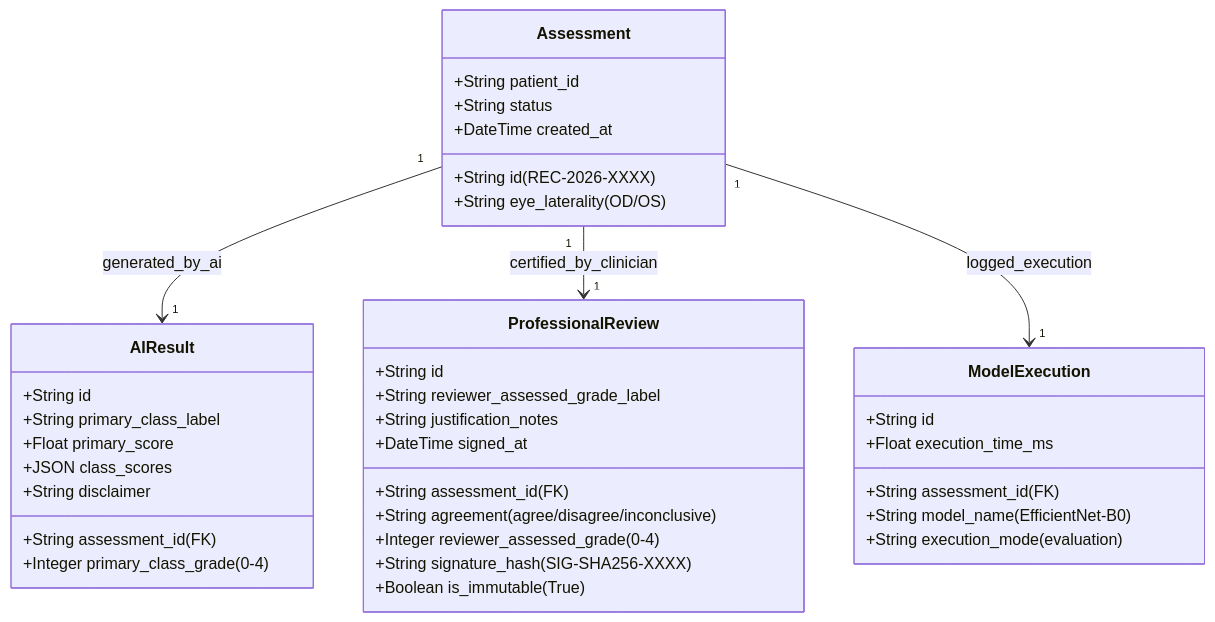
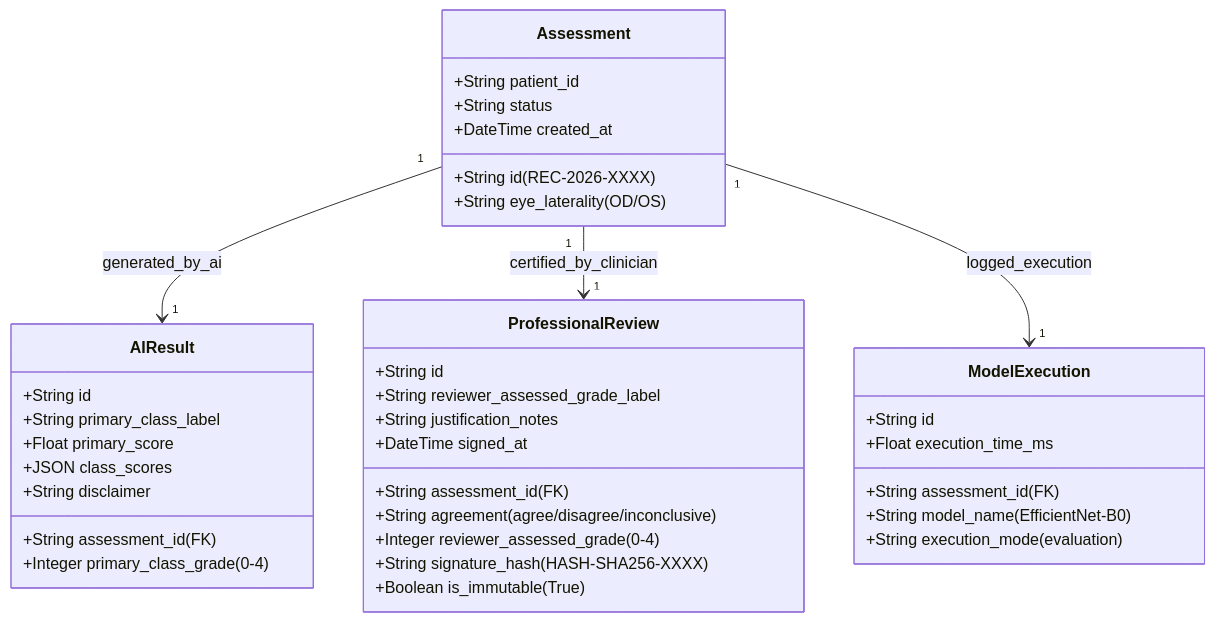
One commit to CloudTechy/diabetic-retinopathy-cdss changed the third of 3 diagrams in docs/verification_and_traceability_matrix.md. Above: the diagram before and after it, drawn with Mermaid. The commit also changed 30 other files, not shown here.

````diff
--- a/docs/verification_and_traceability_matrix.md
+++ b/docs/verification_and_traceability_matrix.md
@@ -185,44 +185,44 @@
 ```mermaid
 classDiagram
     class Assessment {
         +String id (REC-2026-XXXX)
         +String patient_id
         +String eye_laterality (OD/OS)
         +String status
         +DateTime created_at
     }
 
     class AIResult {
         +String id
         +String assessment_id (FK)
         +Integer primary_class_grade (0-4)
         +String primary_class_label
         +Float primary_score
         +JSON class_scores
         +String disclaimer
     }
 
     class ProfessionalReview {
         +String id
         +String assessment_id (FK)
         +String agreement (agree/disagree/inconclusive)
         +Integer reviewer_assessed_grade (0-4)
         +String reviewer_assessed_grade_label
         +String justification_notes
-        +String signature_hash (SIG-SHA256-XXXX)
+        +String signature_hash (HASH-SHA256-XXXX)
         +Boolean is_immutable (True)
         +DateTime signed_at
     }
 
     class ModelExecution {
         +String id
         +String assessment_id (FK)
         +String model_name (EfficientNet-B0)
         +String execution_mode (evaluation)
         +Float execution_time_ms
     }
 
     Assessment "1" --> "1" AIResult : generated_by_ai
     Assessment "1" --> "1" ProfessionalReview : certified_by_clinician
     Assessment "1" --> "1" ModelExecution : logged_execution
 ```
````
